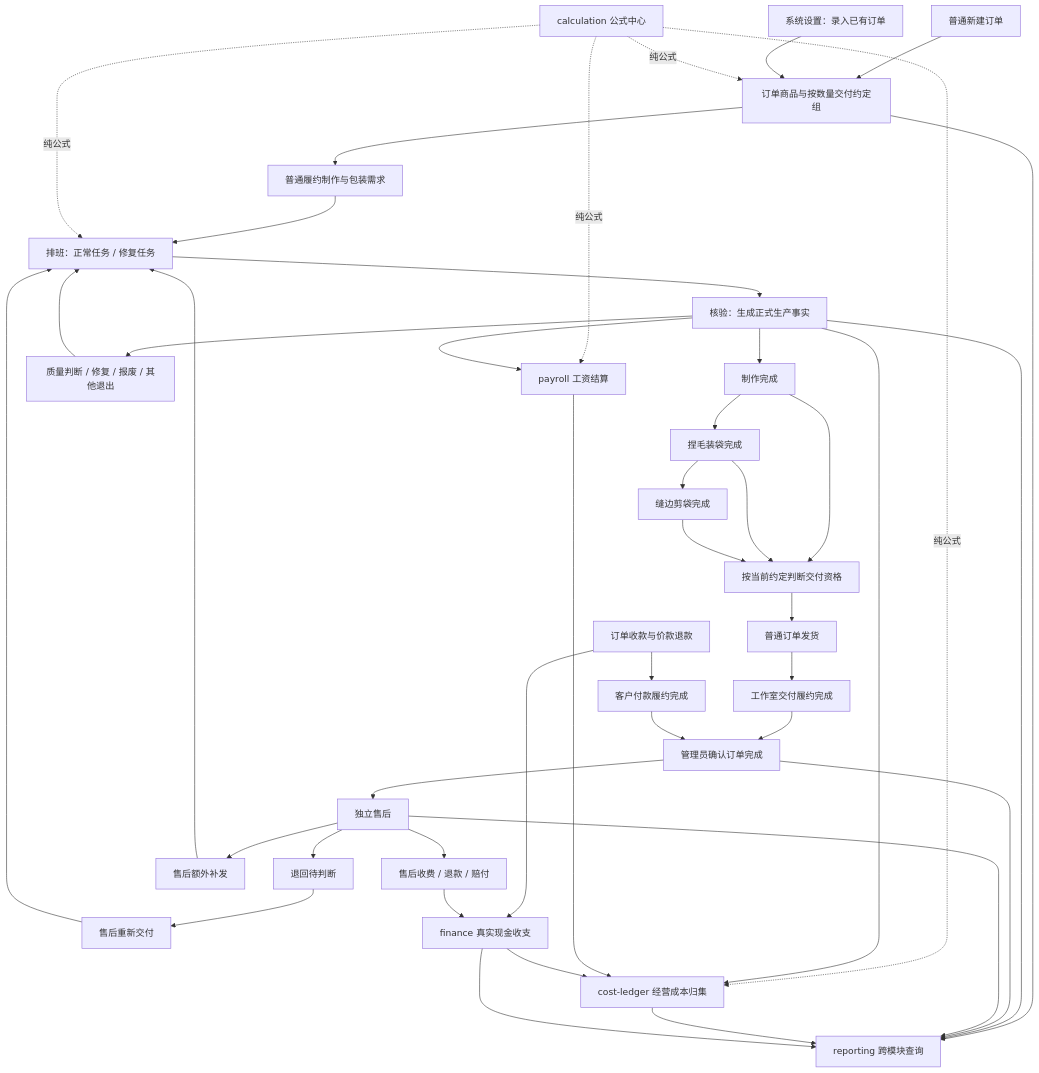
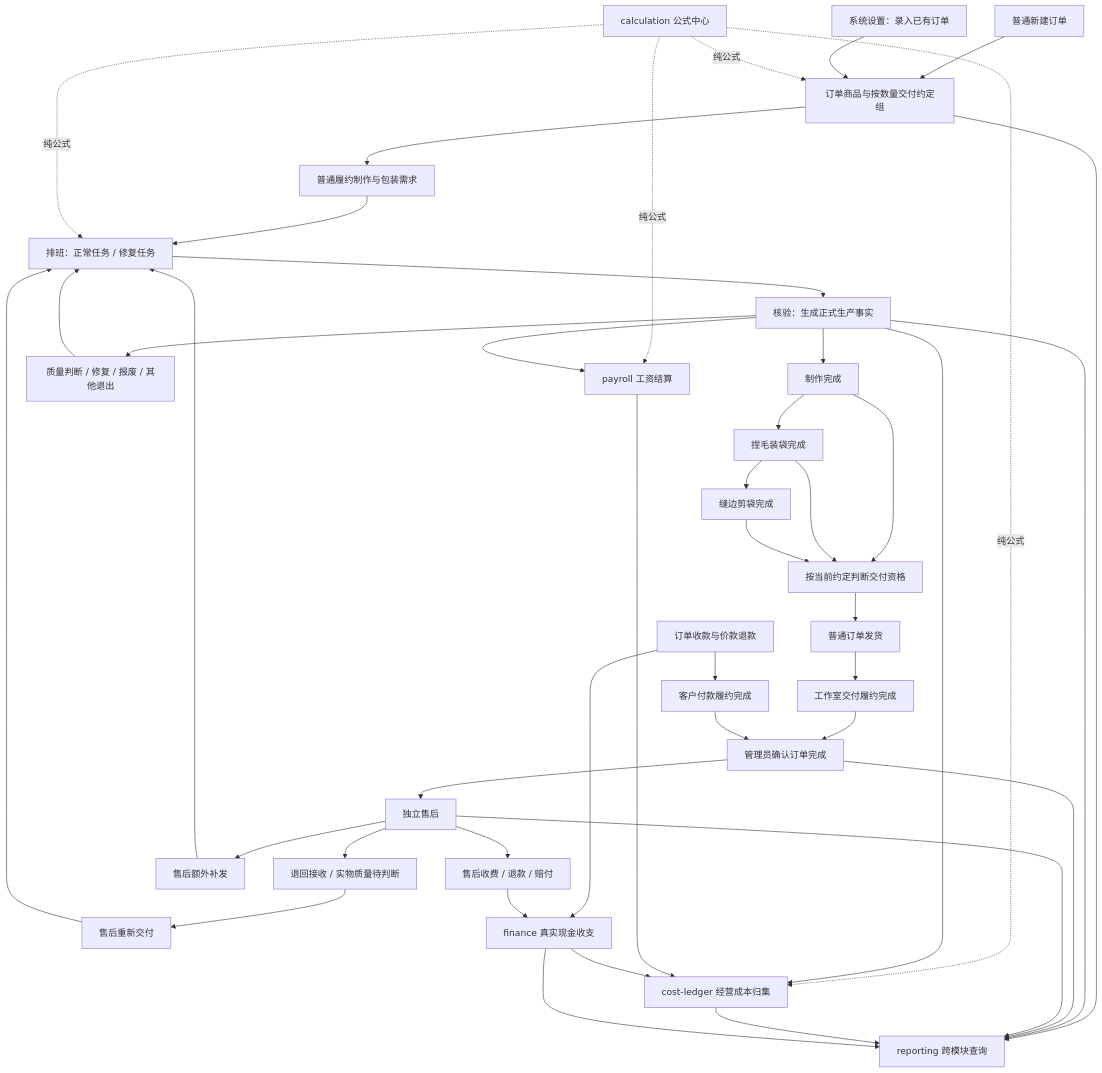
The first of 2 diagrams in docs/architecture/making-centered-target-architecture.md (315538867/YUMI-V2), drawn with Mermaid before and after one commit. The commit also changed other lines of this file, not shown here.

````diff
--- a/docs/architecture/making-centered-target-architecture.md
+++ b/docs/architecture/making-centered-target-architecture.md
@@ -31,72 +31,72 @@
 ```mermaid
 flowchart TB
     create["普通新建订单"]
     legacy["系统设置：录入已有订单"]
     agreement["订单商品与按数量交付约定组"]
     demand["普通履约制作与包装需求"]
     schedule["排班：正常任务 / 修复任务"]
     verify["核验：生成正式生产事实"]
     making["制作完成"]
     bagging["捏毛装袋完成"]
     seam["缝边剪袋完成"]
     quality["质量判断 / 修复 / 报废 / 其他退出"]
     eligibility["按当前约定判断交付资格"]
     shipment["普通订单发货"]
     deliveryDone["工作室交付履约完成"]
     payment["订单收款与价款退款"]
     paymentDone["客户付款履约完成"]
     complete["管理员确认订单完成"]
     afterSales["独立售后"]
-    returnGoods["退回待判断"]
+    returnGoods["退回接收 / 实物质量待判断"]
     redelivery["售后重新交付"]
     replacement["售后额外补发"]
     refund["售后收费 / 退款 / 赔付"]
     calculation["calculation 公式中心"]
     payroll["payroll 工资结算"]
     costLedger["cost-ledger 经营成本归集"]
     finance["finance 真实现金收支"]
     reporting["reporting 跨模块查询"]
 
     create --> agreement
     legacy --> agreement
     agreement --> demand
     demand --> schedule
     schedule --> verify
     verify --> making
     making --> bagging
     bagging --> seam
     verify --> quality
     quality --> schedule
     making --> eligibility
     bagging --> eligibility
     seam --> eligibility
     eligibility --> shipment
     shipment --> deliveryDone
     payment --> paymentDone
     deliveryDone --> complete
     paymentDone --> complete
     complete --> afterSales
     afterSales --> returnGoods
     returnGoods --> redelivery
     afterSales --> replacement
     afterSales --> refund
     redelivery --> schedule
     replacement --> schedule
 
     calculation -.纯公式.-> agreement
     calculation -.纯公式.-> schedule
     calculation -.纯公式.-> payroll
     calculation -.纯公式.-> costLedger
     verify --> payroll
     verify --> costLedger
     payroll --> costLedger
     payment --> finance
     refund --> finance
     finance --> costLedger
     agreement --> reporting
     verify --> reporting
     complete --> reporting
     afterSales --> reporting
     costLedger --> reporting
     finance --> reporting
 ```
````
